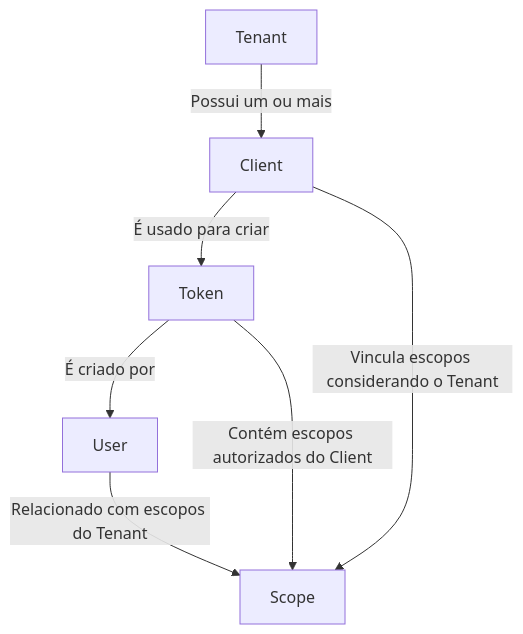
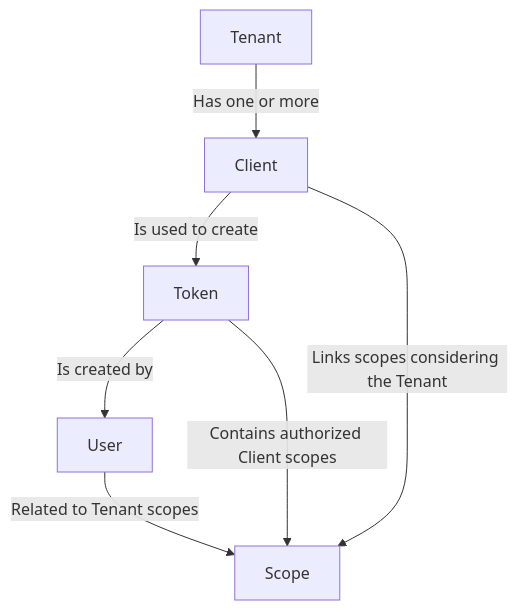
The first of 2 diagrams in README.md (JotJunior/hf-shield), drawn with Mermaid before and after one commit. The commit also changed other lines of this file and 1 other file, not shown here.

````diff
--- a/README.md
+++ b/README.md
@@ -187,15 +246,15 @@
 ```mermaid
 flowchart TD
     tenant[Tenant]
     client[Client]
     user[User]
     token[Token]
     scope[Scope]
-%% Relações hierárquicas revisadas:
-    tenant -->|Possui um ou mais| client
-    client -->|É usado para criar| token
-    token -->|É criado por| user
-    token -->|Contém escopos autorizados do Client| scope
-    client -->|Vincula escopos considerando o Tenant| scope
-    user -->|Relacionado com escopos do Tenant| scope
+%% Revised hierarchical relationships:
+    tenant -->|Has one or more| client
+    client -->|Is used to create| token
+    token -->|Is created by| user
+    token -->|Contains authorized Client scopes| scope
+    client -->|Links scopes considering the Tenant| scope
+    user -->|Related to Tenant scopes| scope
 ```
````
